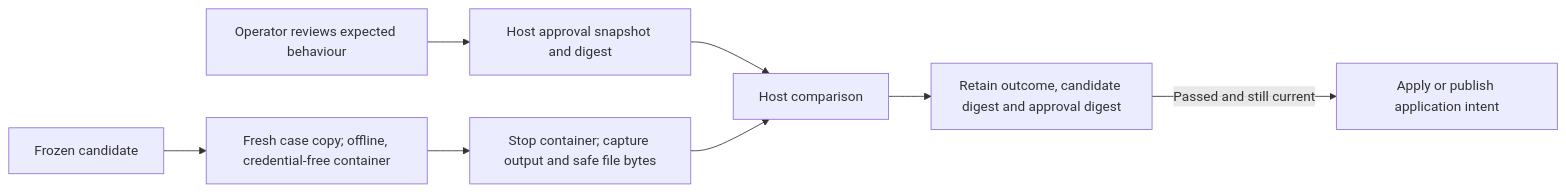
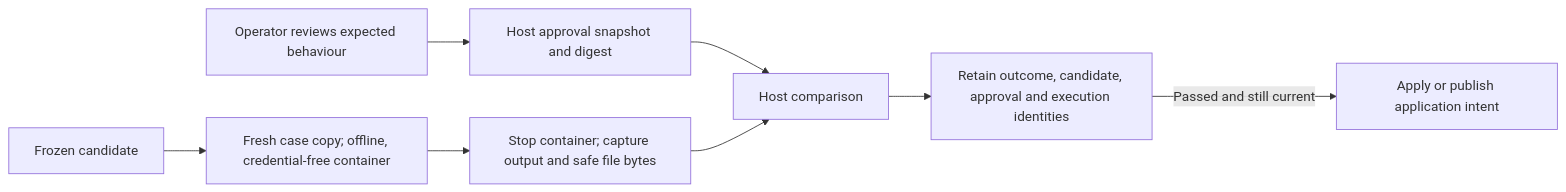
One commit to BleOdel/agent-harness changed the fourth of 7 diagrams in ARCHITECTURE.md. Above: the diagram before and after it, drawn with Mermaid. The commit also changed other lines of this file and 44 other files, not shown here.

````diff
--- a/ARCHITECTURE.md
+++ b/ARCHITECTURE.md
@@ -101,10 +147,10 @@
 ```mermaid
 flowchart LR
   O["Operator reviews expected behaviour"] --> A["Host approval snapshot and digest"]
   C["Frozen candidate"] --> V["Fresh case copy; offline, credential-free container"]
   V --> X["Stop container; capture output and safe file bytes"]
   A --> H["Host comparison"]
   X --> H
-  H --> E["Retain outcome, candidate digest and approval digest"]
+  H --> E["Retain outcome, candidate, approval and execution identities"]
   E -->|Passed and still current| W["Apply or publish application intent"]
 ```
````
